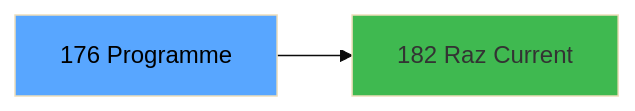
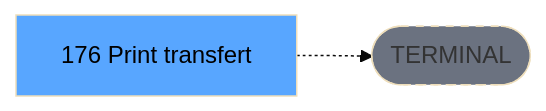
One commit to thonyAGP/lecteur-magic changed the third of 3 diagrams in .openspec/specs/ADH-IDE-176.md. Above: the diagram before and after it, drawn with Mermaid (base theme). The commit also changed other lines of this file and 701 other files, not shown here.

````diff
--- a/.openspec/specs/ADH-IDE-176.md
+++ b/.openspec/specs/ADH-IDE-176.md
@@ -134,8 +137,8 @@
 ```mermaid
 graph LR
-    T[176 Programme]
-    C182[182 Raz Current ]
-    T --> C182
+    T[176 Print transfert]
+    TERM([TERMINAL])
+    T -.-> TERM
+    style TERM fill:#6b7280,stroke-dasharray: 5 5
     style T fill:#58a6ff,color:#000
-    style C182 fill:#3fb950
 ```
````
